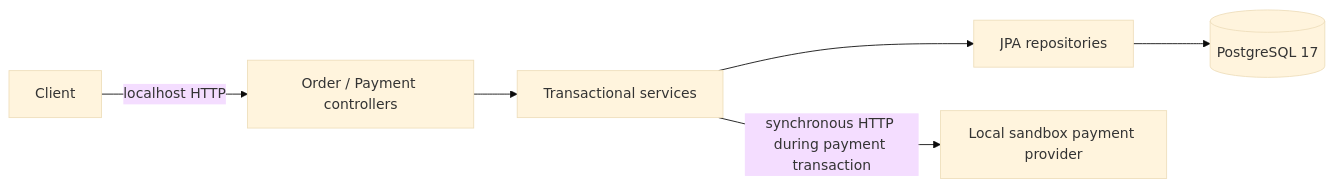
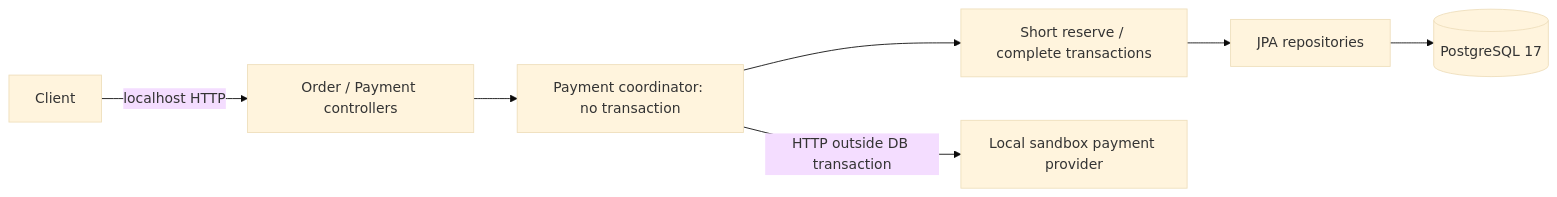
One commit to Cansynku/spring-backend-rescue-lab changed the diagram in docs/architecture.md. Above: the diagram before and after it, drawn with Mermaid (base theme). The commit also changed other lines of this file and 9 other files, not shown here.

````diff
--- a/docs/architecture.md
+++ b/docs/architecture.md
@@ -3,8 +3,9 @@
 ```mermaid
 flowchart LR
     Client -->|localhost HTTP| Controller[Order / Payment controllers]
-    Controller --> Service[Transactional services]
-    Service --> JPA[JPA repositories]
+    Controller --> Service[Payment coordinator: no transaction]
+    Service --> Transactions[Short reserve / complete transactions]
+    Transactions --> JPA[JPA repositories]
     JPA --> PG[(PostgreSQL 17)]
-    Service -->|synchronous HTTP during payment transaction| Provider[Local sandbox payment provider]
+    Service -->|HTTP outside DB transaction| Provider[Local sandbox payment provider]
 ```
````
